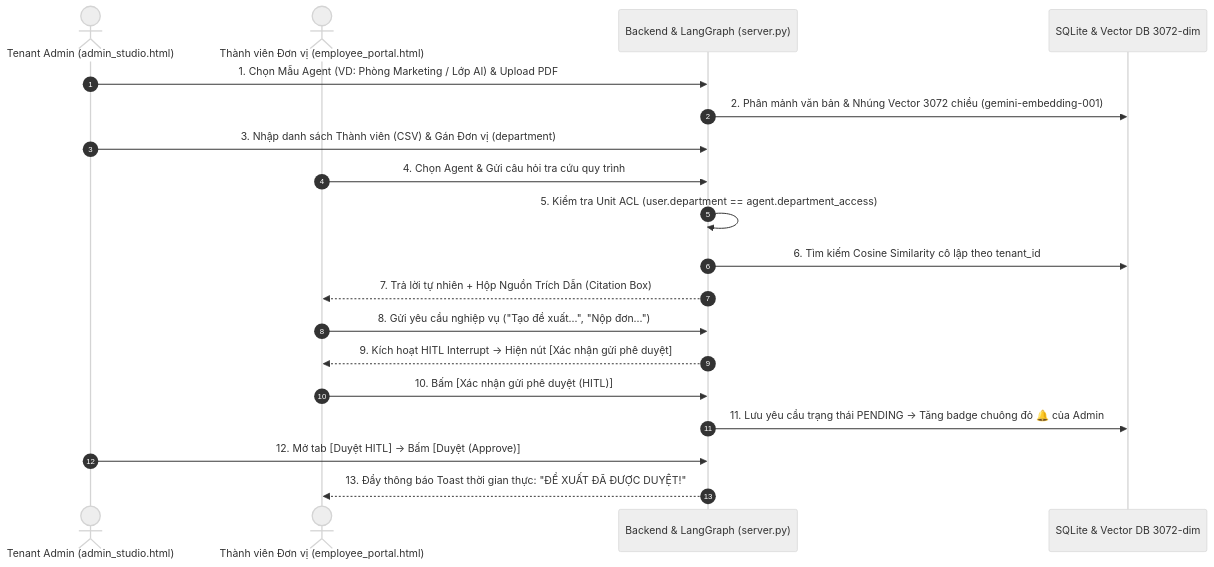
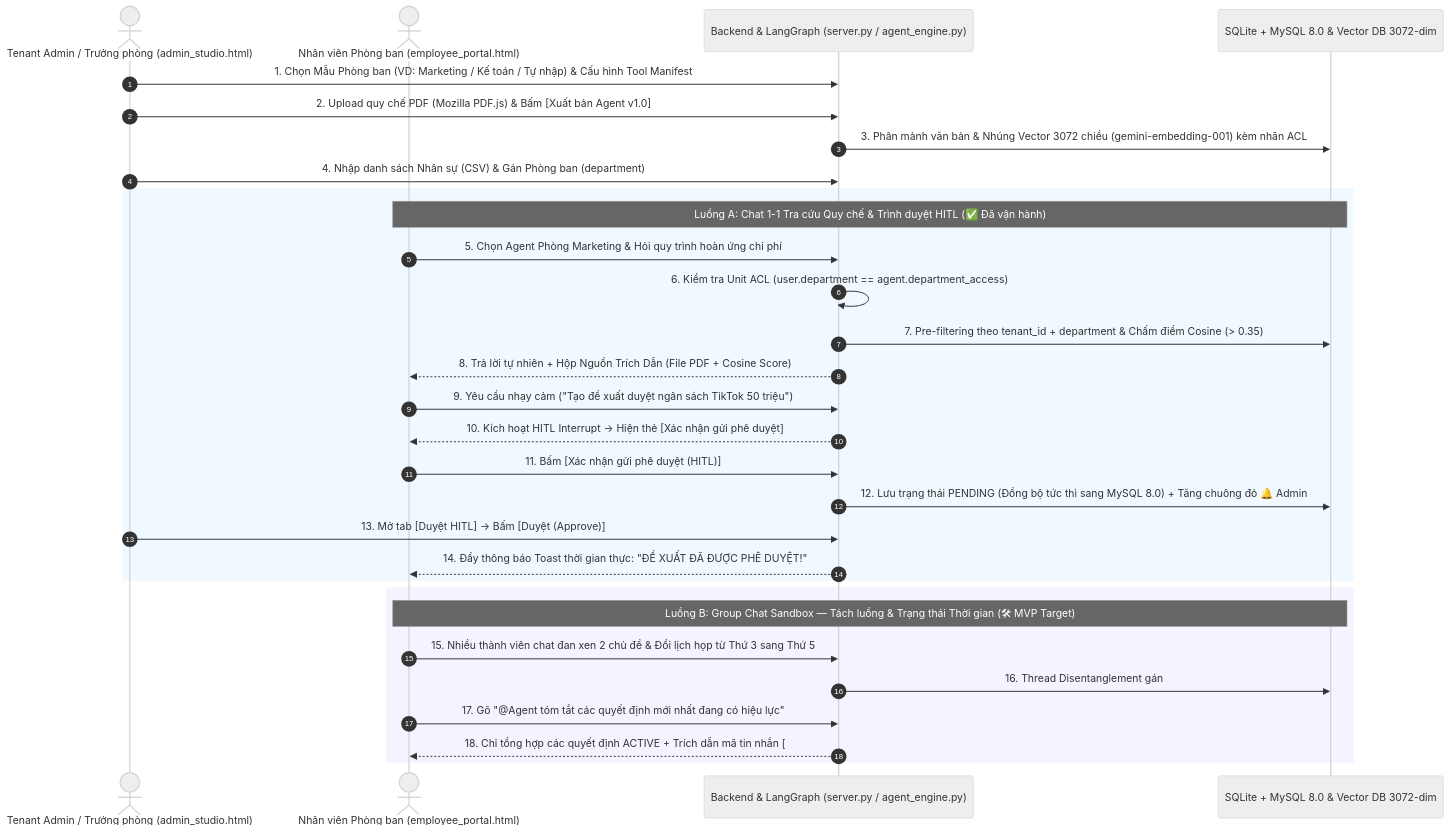
Before and after one commit to DoLyHoangNam/AI20K_T057_CHAT_40_Mini-Agent-Studio: the second of 2 diagrams in Wireframe_UI_Flow.md, drawn with Mermaid (neutral theme). The commit also changed other lines of this file and 2 other files, not shown here.

````diff
--- a/Wireframe_UI_Flow.md
+++ b/Wireframe_UI_Flow.md
@@ -33,24 +34,35 @@
 ```mermaid
 sequenceDiagram
     autonumber
-    actor Admin as Tenant Admin (admin_studio.html)
-    actor Member as Thành viên Đơn vị (employee_portal.html)
-    participant API as Backend & LangGraph (server.py)
-    participant DB as SQLite & Vector DB 3072-dim
+    actor Admin as Tenant Admin / Trưởng phòng (admin_studio.html)
+    actor Member as Nhân viên Phòng ban (employee_portal.html)
+    participant API as Backend & LangGraph (server.py / agent_engine.py)
+    participant DB as SQLite + MySQL 8.0 & Vector DB 3072-dim
 
-    Admin->>API: 1. Chọn Mẫu Agent (VD: Phòng Marketing / Lớp AI) & Upload PDF
-    API->>DB: 2. Phân mảnh văn bản & Nhúng Vector 3072 chiều (gemini-embedding-001)
-    Admin->>API: 3. Nhập danh sách Thành viên (CSV) & Gán Đơn vị (department)
-    
-    Member->>API: 4. Chọn Agent & Gửi câu hỏi tra cứu quy trình
-    API->>API: 5. Kiểm tra Unit ACL (user.department == agent.department_access)
-    API->>DB: 6. Tìm kiếm Cosine Similarity cô lập theo tenant_id
-    API-->>Member: 7. Trả lời tự nhiên + Hộp Nguồn Trích Dẫn (Citation Box)
+    Admin->>API: 1. Chọn Mẫu Phòng ban (VD: Marketing / Kế toán / Tự nhập) & Cấu hình Tool Manifest
+    Admin->>API: 2. Upload quy chế PDF (Mozilla PDF.js) & Bấm [Xuất bản Agent v1.0]
+    API->>DB: 3. Phân mảnh văn bản & Nhúng Vector 3072 chiều (gemini-embedding-001) kèm nhãn ACL
+    Admin->>API: 4. Nhập danh sách Nhân sự (CSV) & Gán Phòng ban (department)
 
-    Member->>API: 8. Gửi yêu cầu nghiệp vụ ("Tạo đề xuất...", "Nộp đơn...")
-    API-->>Member: 9. Kích hoạt HITL Interrupt -> Hiện nút [Xác nhận gửi phê duyệt]
-    Member->>API: 10. Bấm [Xác nhận gửi phê duyệt (HITL)]
-    API->>DB: 11. Lưu yêu cầu trạng thái PENDING -> Tăng badge chuông đỏ 🔔 của Admin
-    Admin->>API: 12. Mở tab [Duyệt HITL] -> Bấm [Duyệt (Approve)]
-    API-->>Member: 13. Đẩy thông báo Toast thời gian thực: "ĐỀ XUẤT ĐÃ ĐƯỢC DUYỆT!"
+    rect rgb(240, 249, 255)
+        Note over Member,DB: Luồng A: Chat 1-1 Tra cứu Quy chế & Trình duyệt HITL (✅ Đã vận hành)
+        Member->>API: 5. Chọn Agent Phòng Marketing & Hỏi quy trình hoàn ứng chi phí
+        API->>API: 6. Kiểm tra Unit ACL (user.department == agent.department_access)
+        API->>DB: 7. Pre-filtering theo tenant_id + department & Chấm điểm Cosine (> 0.35)
+        API-->>Member: 8. Trả lời tự nhiên + Hộp Nguồn Trích Dẫn (File PDF + Cosine Score)
+        Member->>API: 9. Yêu cầu nhạy cảm ("Tạo đề xuất duyệt ngân sách TikTok 50 triệu")
+        API-->>Member: 10. Kích hoạt HITL Interrupt -> Hiện thẻ [Xác nhận gửi phê duyệt]
+        Member->>API: 11. Bấm [Xác nhận gửi phê duyệt (HITL)]
+        API->>DB: 12. Lưu trạng thái PENDING (Đồng bộ tức thì sang MySQL 8.0) + Tăng chuông đỏ 🔔 Admin
+        Admin->>API: 13. Mở tab [Duyệt HITL] -> Bấm [Duyệt (Approve)]
+        API-->>Member: 14. Đẩy thông báo Toast thời gian thực: "ĐỀ XUẤT ĐÃ ĐƯỢC PHÊ DUYỆT!"
+    end
+
+    rect rgb(245, 243, 255)
+        Note over Member,DB: Luồng B: Group Chat Sandbox — Tách luồng & Trạng thái Thời gian (🛠 MVP Target)
+        Member->>API: 15. Nhiều thành viên chat đan xen 2 chủ đề & Đổi lịch họp từ Thứ 3 sang Thứ 5
+        API->>DB: 16. Thread Disentanglement gán #thread_1, #thread_2 & Đánh dấu lịch Thứ 3 là OVERRIDDEN
+        Member->>API: 17. Gõ "@Agent tóm tắt các quyết định mới nhất đang có hiệu lực"
+        API-->>Member: 18. Chỉ tổng hợp các quyết định ACTIVE + Trích dẫn mã tin nhắn [#msg_id] & Tài liệu PDF
+    end
 ```
````
